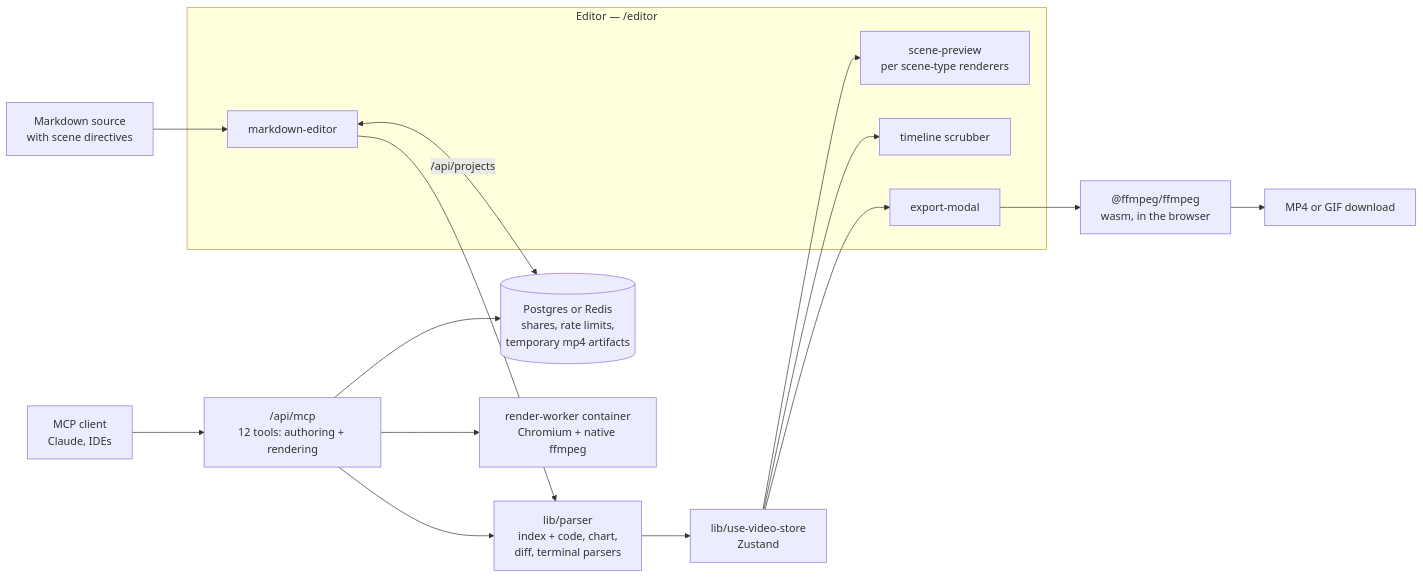
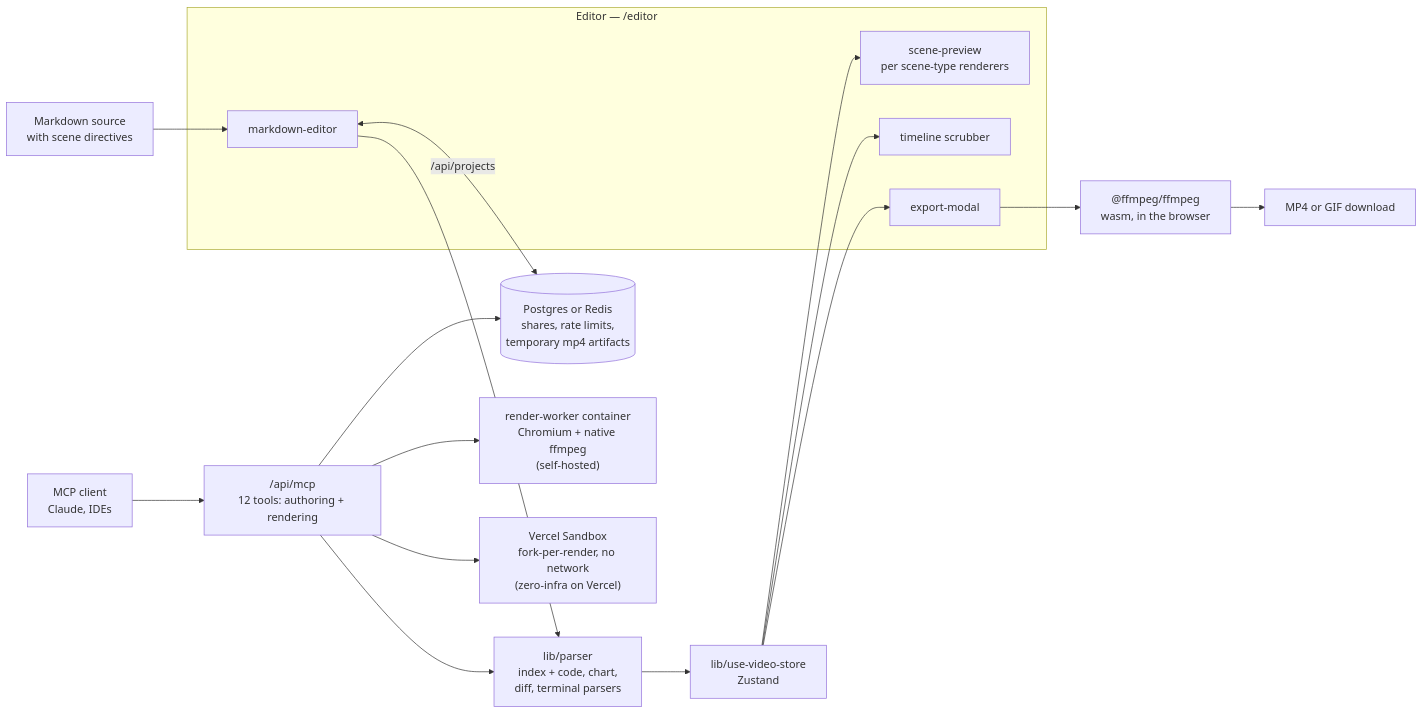
Before and after one commit to Avik-creator/markdown_video: the diagram in README.md, drawn with Mermaid. The commit also changed other lines of this file, not shown here.

First line of the commit message:
docs: readme — sandbox rendering backend, examples provenance, stale fixes

````diff
--- a/README.md
+++ b/README.md
@@ -58,34 +58,36 @@
 ```mermaid
 flowchart LR
     MD["Markdown source<br/>with scene directives"]
     AGENT["MCP client<br/>Claude, IDEs"]
 
     subgraph EDITOR["Editor — /editor"]
         ED["markdown-editor"]
         PREV["scene-preview<br/>per scene-type renderers"]
         TL["timeline scrubber"]
         EXP["export-modal"]
     end
 
     PARSE["lib/parser<br/>index + code, chart,<br/>diff, terminal parsers"]
     STORE["lib/use-video-store<br/>Zustand"]
     MCP["/api/mcp<br/>12 tools: authoring + rendering"]
     FF["@ffmpeg/ffmpeg<br/>wasm, in the browser"]
     MP4["MP4 or GIF download"]
     DB[("Postgres or Redis<br/>shares, rate limits,<br/>temporary mp4 artifacts")]
-    WORKER["render-worker container<br/>Chromium + native ffmpeg"]
+    WORKER["render-worker container<br/>Chromium + native ffmpeg<br/>(self-hosted)"]
+    SANDBOX["Vercel Sandbox<br/>fork-per-render, no network<br/>(zero-infra on Vercel)"]
 
     MD --> ED
     ED --> PARSE
     PARSE --> STORE
     STORE --> PREV
     STORE --> TL
     STORE --> EXP
     EXP --> FF
     FF --> MP4
     ED <-->|"/api/projects"| DB
     AGENT --> MCP
     MCP --> PARSE
     MCP --> WORKER
+    MCP --> SANDBOX
     MCP --> DB
 ```
````
